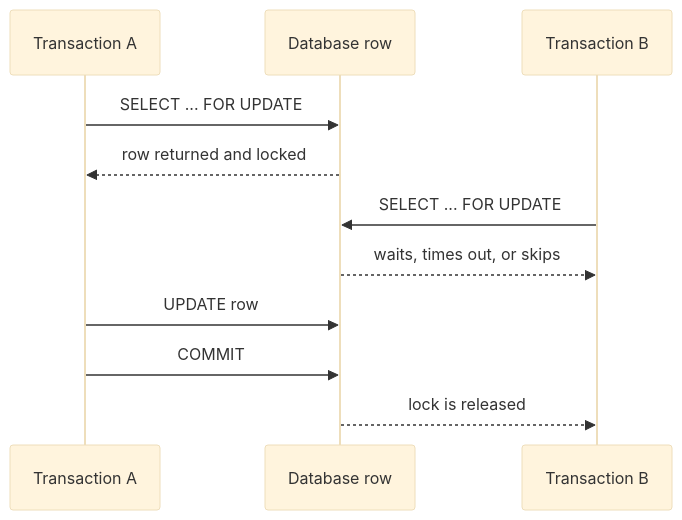
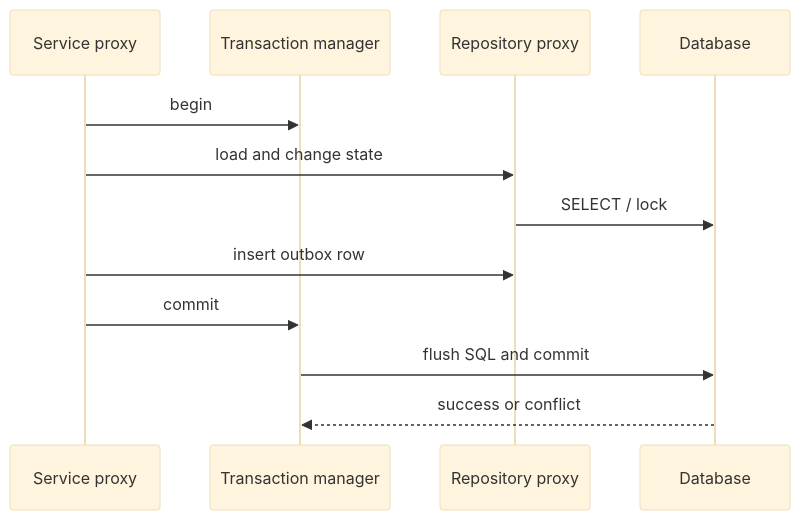
Before and after one commit to taukhir/shopverse: the diagram in documentation/docs/spring/jpa/JPA-TRANSACTIONS-LOCKING.md, drawn with Mermaid (base theme). The commit also changed other lines of this file and 4530 other files, not shown here.

Commit message:
Refactor shopverse storefront and refresh UI flows

````diff
--- a/documentation/docs/spring/jpa/JPA-TRANSACTIONS-LOCKING.md
+++ b/documentation/docs/spring/jpa/JPA-TRANSACTIONS-LOCKING.md
@@ -195,14 +26,14 @@
 ```mermaid
 sequenceDiagram
-    participant A as Transaction A
-    participant DB as Database row
-    participant B as Transaction B
-
-    A->>DB: SELECT ... FOR UPDATE
-    DB-->>A: row returned and locked
-    B->>DB: SELECT ... FOR UPDATE
-    DB-->>B: waits, times out, or skips
-    A->>DB: UPDATE row
-    A->>DB: COMMIT
-    DB-->>B: lock is released
+    participant API as Service proxy
+    participant TM as Transaction manager
+    participant Repo as Repository proxy
+    participant DB as Database
+    API->>TM: begin
+    API->>Repo: load and change state
+    Repo->>DB: SELECT / lock
+    API->>Repo: insert outbox row
+    API->>TM: commit
+    TM->>DB: flush SQL and commit
+    DB-->>TM: success or conflict
 ```
````
